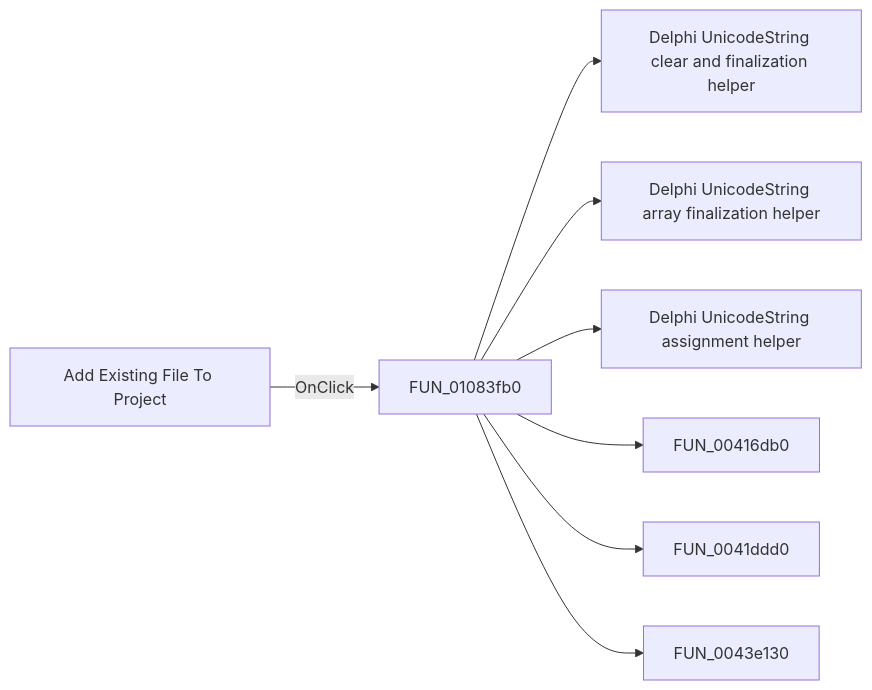
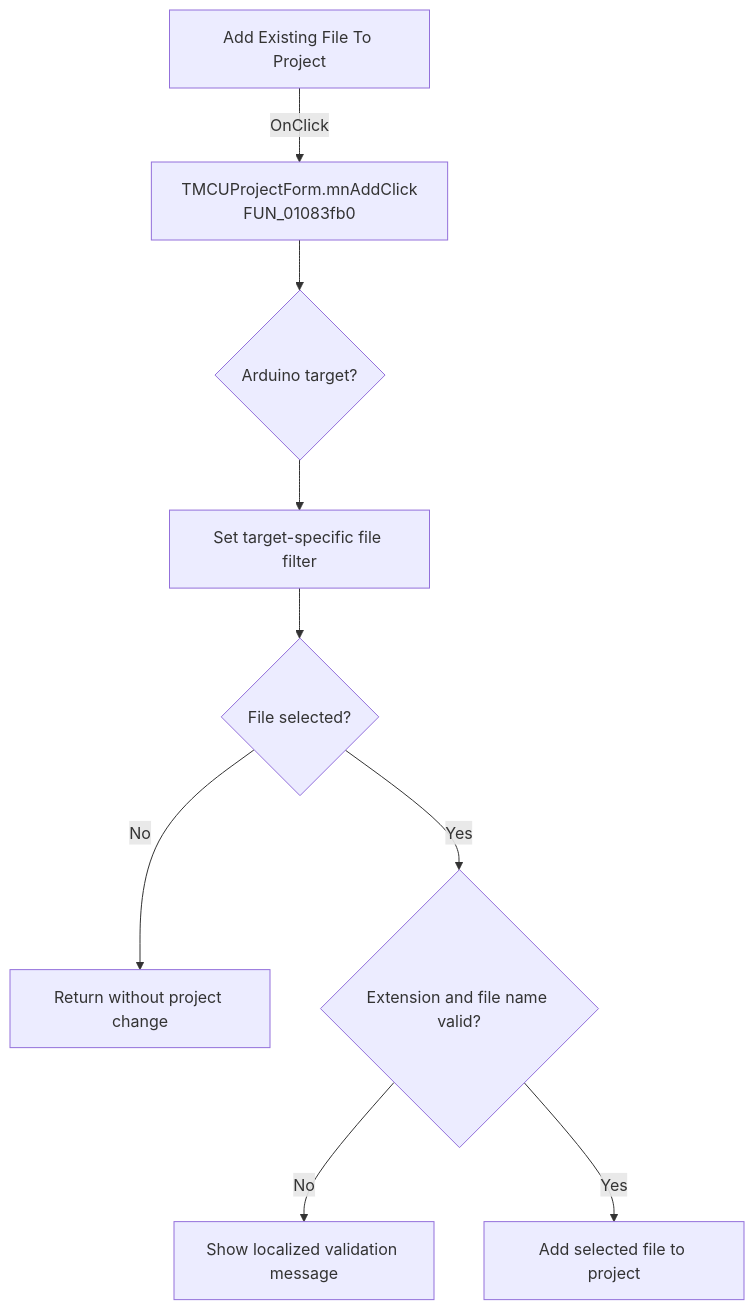
Before and after one commit to MovGP0/TIARA: the diagram in docs/ui-controls/mcuprojectform/sbaddtoproject-c01cd2b826.md, drawn with Mermaid. The commit also changed other lines of this file and 1062 other files, not shown here.

````diff
--- a/docs/ui-controls/mcuprojectform/sbaddtoproject-c01cd2b826.md
+++ b/docs/ui-controls/mcuprojectform/sbaddtoproject-c01cd2b826.md
@@ -27,10 +27,11 @@
 ```mermaid
-flowchart LR
-    control["Add Existing File To Project"] -->|OnClick| handler["FUN_01083fb0"]
-    handler --> call1["Delphi UnicodeString clear and finalization helper"]
-    handler --> call2["Delphi UnicodeString array finalization helper"]
-    handler --> call3["Delphi UnicodeString assignment helper"]
-    handler --> call4["FUN_00416db0"]
-    handler --> call5["FUN_0041ddd0"]
-    handler --> call6["FUN_0043e130"]
+flowchart TD
+    control["Add Existing File To Project"] -->|OnClick| handler["TMCUProjectForm.mnAddClick<br/>FUN_01083fb0"]
+    handler --> target{"Arduino target?"}
+    target --> filter["Set target-specific file filter"]
+    filter --> picker{"File selected?"}
+    picker -->|No| noOp["Return without project change"]
+    picker -->|Yes| valid{"Extension and file name valid?"}
+    valid -->|No| error["Show localized validation message"]
+    valid -->|Yes| add["Add selected file to project"]
 ```
````
